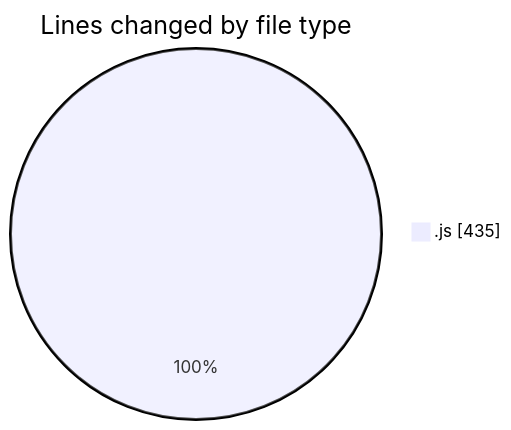
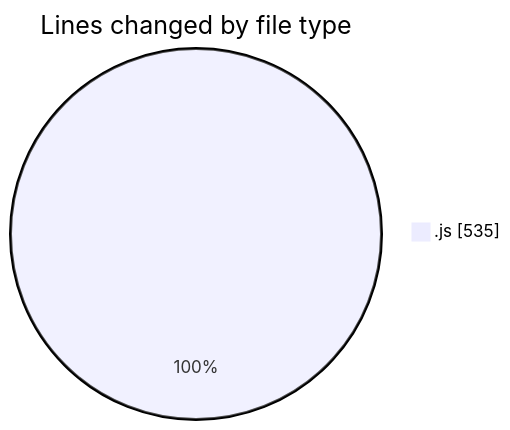
The first of 2 diagrams in 2025-06-20/nxtqube_webapp/README.md (nxtqubesakshisongat/code-tracking), drawn with Mermaid before and after one commit. The commit also changed other lines of this file and 1 other file, not shown here.

````diff
--- a/2025-06-20/nxtqube_webapp/README.md
+++ b/2025-06-20/nxtqube_webapp/README.md
@@ -24,5 +25,5 @@
 ```mermaid
 pie showData
 title Lines changed by file type
-".js" : 435
+".js" : 535
 ```
````
